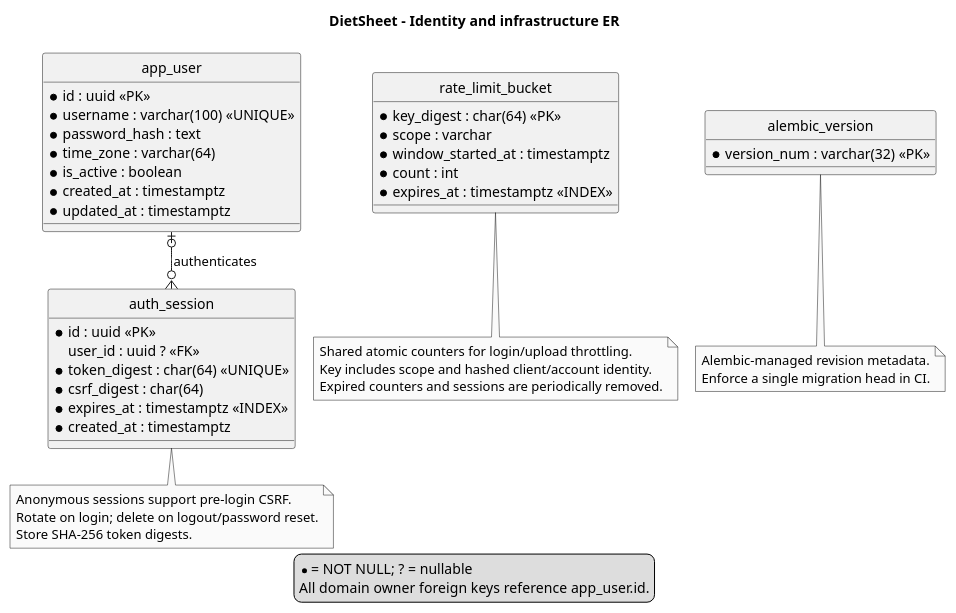
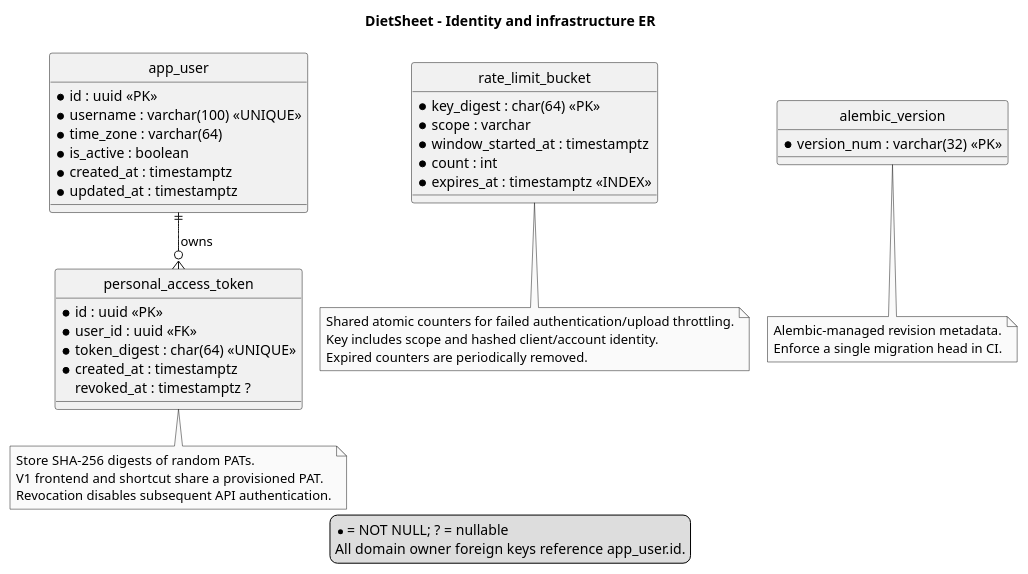
One commit to Xunhaoz/DietSheetV2 changed the second of 2 diagrams in doc/developer/data.md. Above: the diagram before and after it, drawn with PlantUML. The commit also changed other lines of this file and 4 other files, not shown here.

First line of the commit message:
docs: replace session auth with shared PAT authentication

````diff
--- a/doc/developer/data.md
+++ b/doc/developer/data.md
@@ -167,55 +167,53 @@
 ```plantuml
 @startuml
 !pragma layout smetana
 skinparam monochrome true
 skinparam shadowing false
 hide circle
 title DietSheet - Identity and infrastructure ER
 entity app_user {
   * id : uuid <<PK>>
   {field} * username : varchar(100) <<UNIQUE>>
-  * password_hash : text
   {field} * time_zone : varchar(64)
   * is_active : boolean
   * created_at : timestamptz
   * updated_at : timestamptz
 }
-entity auth_session {
+entity personal_access_token {
   * id : uuid <<PK>>
-  user_id : uuid ? <<FK>>
+  * user_id : uuid <<FK>>
   {field} * token_digest : char(64) <<UNIQUE>>
-  {field} * csrf_digest : char(64)
-  * expires_at : timestamptz <<INDEX>>
   * created_at : timestamptz
+  revoked_at : timestamptz ?
 }
 entity rate_limit_bucket {
   {field} * key_digest : char(64) <<PK>>
   * scope : varchar
   * window_started_at : timestamptz
   * count : int
   * expires_at : timestamptz <<INDEX>>
 }
 entity alembic_version {
   {field} * version_num : varchar(32) <<PK>>
 }
-app_user |o--o{ auth_session : authenticates
-note bottom of auth_session
-  Anonymous sessions support pre-login CSRF.
-  Rotate on login; delete on logout/password reset.
-  Store SHA-256 token digests.
+app_user ||--o{ personal_access_token : owns
+note bottom of personal_access_token
+  Store SHA-256 digests of random PATs.
+  V1 frontend and shortcut share a provisioned PAT.
+  Revocation disables subsequent API authentication.
 end note
 note bottom of rate_limit_bucket
-  Shared atomic counters for login/upload throttling.
+  Shared atomic counters for failed authentication/upload throttling.
   Key includes scope and hashed client/account identity.
-  Expired counters and sessions are periodically removed.
+  Expired counters are periodically removed.
 end note
 note bottom of alembic_version
   Alembic-managed revision metadata.
   Enforce a single migration head in CI.
 end note
 legend bottom
   * = NOT NULL; ? = nullable
   All domain owner foreign keys reference app_user.id.
 endlegend
 @enduml
 ```
````
